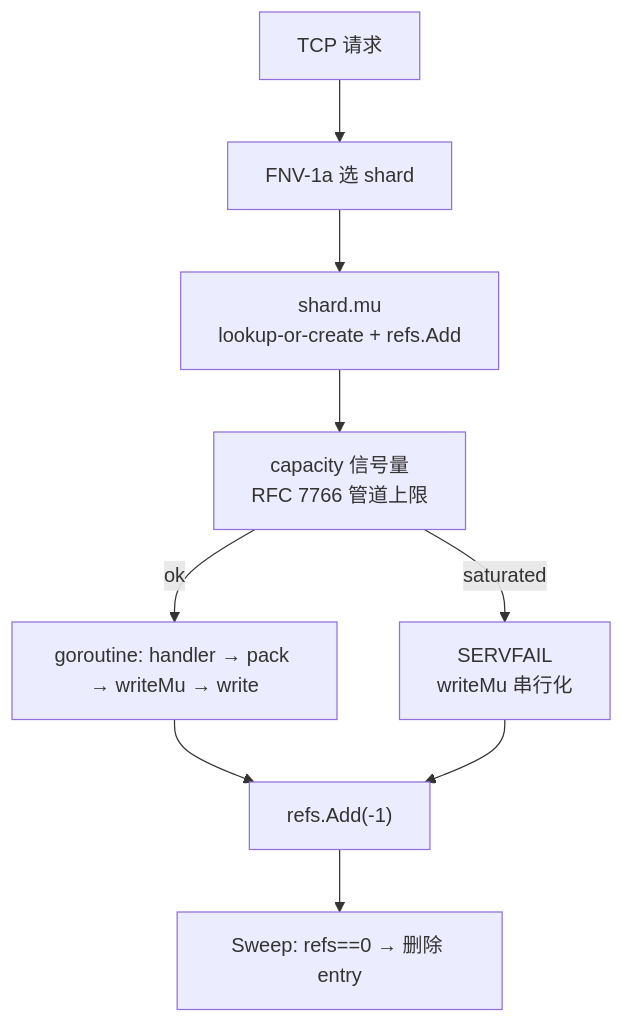
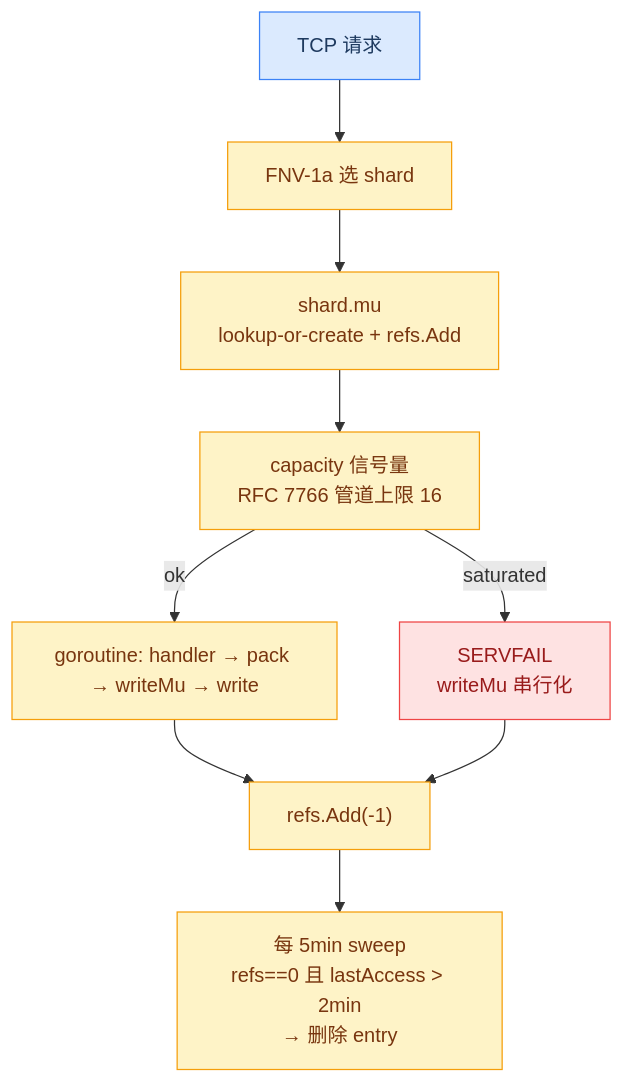
The sixth of 30 diagrams in docs/FLOWCHARTS.md (hezhijie0327/ZJDNS), drawn with Mermaid before and after one commit. The commit also changed other lines of this file and 8 other files, not shown here.

````diff
--- a/docs/FLOWCHARTS.md
+++ b/docs/FLOWCHARTS.md
@@ -81,12 +146,18 @@
 ```mermaid
 graph TD
     TCP[TCP 请求] --> SHARD[FNV-1a 选 shard]
     SHARD --> LOCK[shard.mu<br/>lookup-or-create + refs.Add]
-    LOCK --> CAP[capacity 信号量<br/>RFC 7766 管道上限]
+    LOCK --> CAP[capacity 信号量<br/>RFC 7766 管道上限 16]
     CAP -->|saturated| SF[SERVFAIL<br/>writeMu 串行化]
     CAP -->|ok| GORO[goroutine: handler → pack → writeMu → write]
     GORO --> DONE["refs.Add(-1)"]
     SF --> DONE
-    SWEEP[Sweep: refs==0 → 删除 entry]
+    SWEEP["每 5min sweep<br/>refs==0 且 lastAccess > 2min<br/>→ 删除 entry"]
     DONE --> SWEEP
+    classDef tcp fill:#dbeafe,stroke:#3b82f6,color:#1e3a5f
+    classDef proc fill:#fef3c7,stroke:#f59e0b,color:#78350f
+    classDef fail fill:#fee2e2,stroke:#ef4444,color:#991b1b
+    class TCP tcp
+    class SHARD,LOCK,CAP,GORO,DONE,SWEEP proc
+    class SF fail
 ```
````
